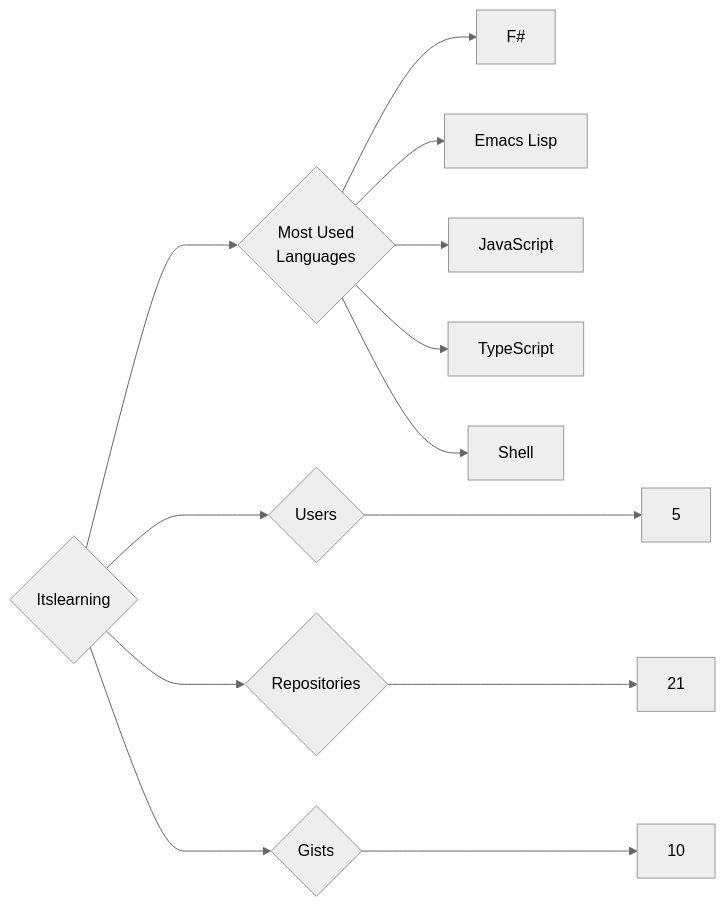
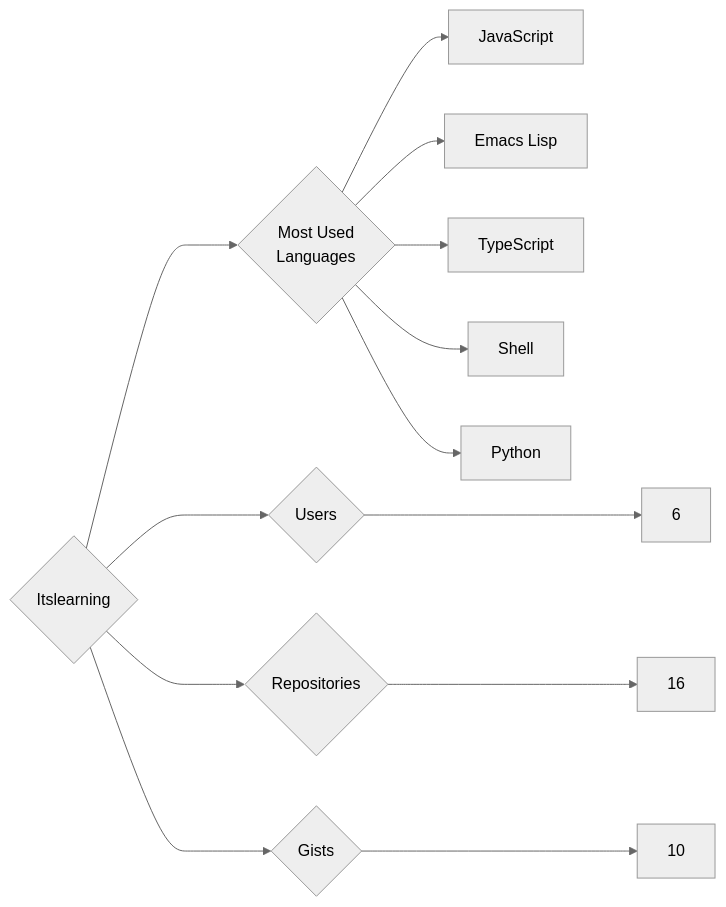
Before and after one commit to trickest/insiders: the diagram in targets/Itslearning/README.md, drawn with Mermaid (neutral theme). The commit also changed 750 other files, not shown here.

````diff
--- a/targets/Itslearning/README.md
+++ b/targets/Itslearning/README.md
@@ -3,13 +3,13 @@
 ```mermaid
 graph LR
 COMPANY_NAME{Itslearning}
-COMPANY_NAME ---> U{Users} ---> UN[5]
-COMPANY_NAME ---> R{Repositories} ---> RN[21]
+COMPANY_NAME ---> U{Users} ---> UN[6]
+COMPANY_NAME ---> R{Repositories} ---> RN[16]
 COMPANY_NAME ---> G{Gists} ---> GN[10]
 COMPANY_NAME ---> ML{Most Used<br>Languages}
-ML --> F#[F#]
+ML --> JavaScript[JavaScript]
 ML --> Emacs_Lisp[Emacs Lisp]
-ML --> JavaScript[JavaScript]
 ML --> TypeScript[TypeScript]
 ML --> Shell[Shell]
+ML --> Python[Python]
 ```
````
